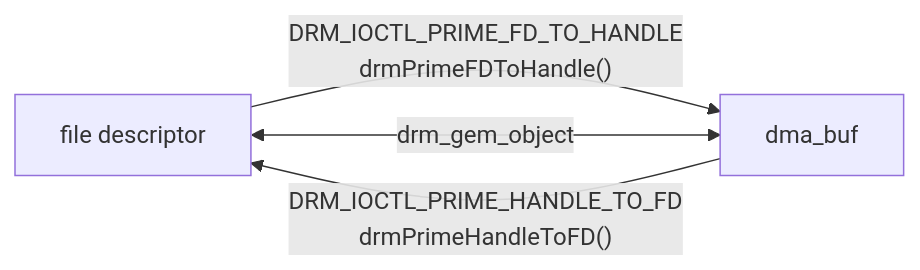
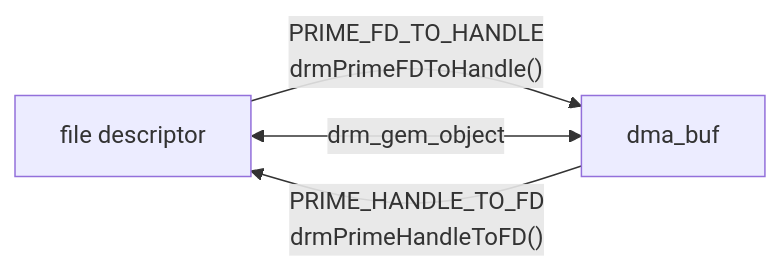
Before and after one commit to lucmann/lucmann.github.io: the sixth of 6 diagrams in source/_posts/lnx/dma-buf.md, drawn with Mermaid. The commit also changed other lines of this file, not shown here.

Commit message:
linux: too long text for annotation in mermaid

````diff
--- a/source/_posts/lnx/dma-buf.md
+++ b/source/_posts/lnx/dma-buf.md
@@ -378,9 +378,9 @@
 ```mermaid
 flowchart LR
   A[file descriptor]
   B[dma_buf]
 
-  A -- DRM_IOCTL_PRIME_FD_TO_HANDLE<br>drmPrimeFDToHandle() --> B
+  A -- PRIME_FD_TO_HANDLE<br>drmPrimeFDToHandle() --> B
   A <-- drm_gem_object --> B
-  B -- DRM_IOCTL_PRIME_HANDLE_TO_FD<br>drmPrimeHandleToFD() --> A
+  B -- PRIME_HANDLE_TO_FD<br>drmPrimeHandleToFD() --> A
 ```
````
